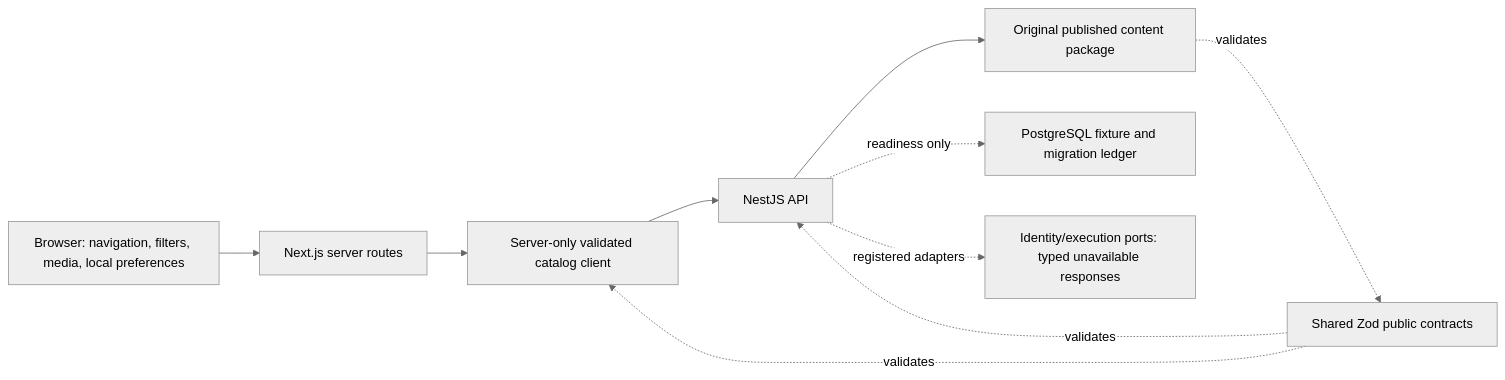
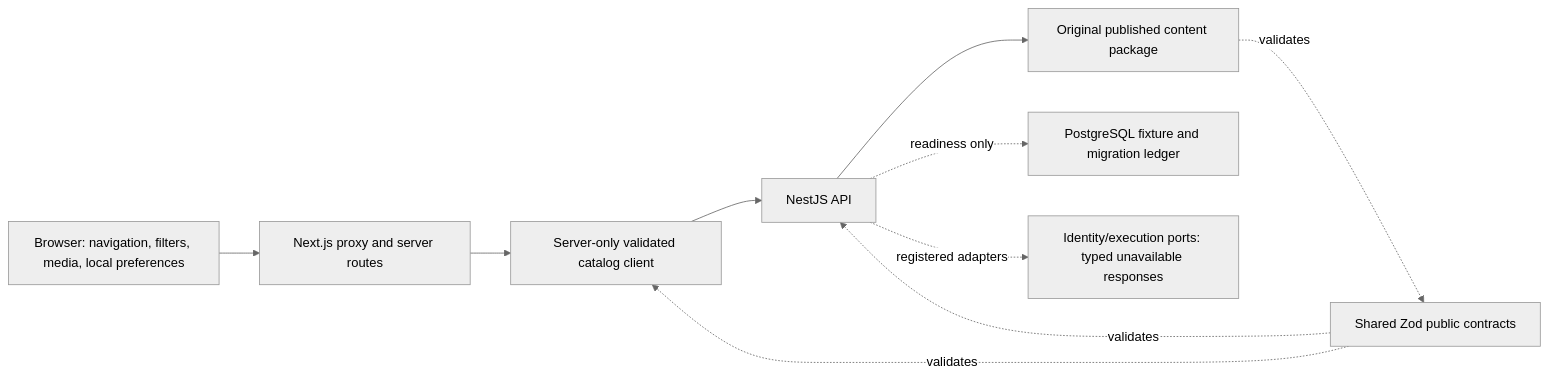
The first of 3 diagrams in docs/ARCHITECTURE.md (edisonmalasan/CodeSaga), drawn with Mermaid (neutral theme) before and after one commit. The commit also changed other lines of this file and 17 other files, not shown here.

````diff
--- a/docs/ARCHITECTURE.md
+++ b/docs/ARCHITECTURE.md
@@ -57,12 +57,12 @@
 ```mermaid
 flowchart LR
-  Browser[Browser: navigation, filters, media, local preferences] --> Web[Next.js server routes]
+  Browser[Browser: navigation, filters, media, local preferences] --> Web[Next.js proxy and server routes]
   Web --> Client[Server-only validated catalog client]
   Client --> API[NestJS API]
   API --> Content[Original published content package]
   Schemas[Shared Zod public contracts] -. validates .-> Client
   Schemas -. validates .-> API
   Content -. validates .-> Schemas
   API -. readiness only .-> DB[PostgreSQL fixture and migration ledger]
   API -. registered adapters .-> Ports[Identity/execution ports: typed unavailable responses]
 ```
````
